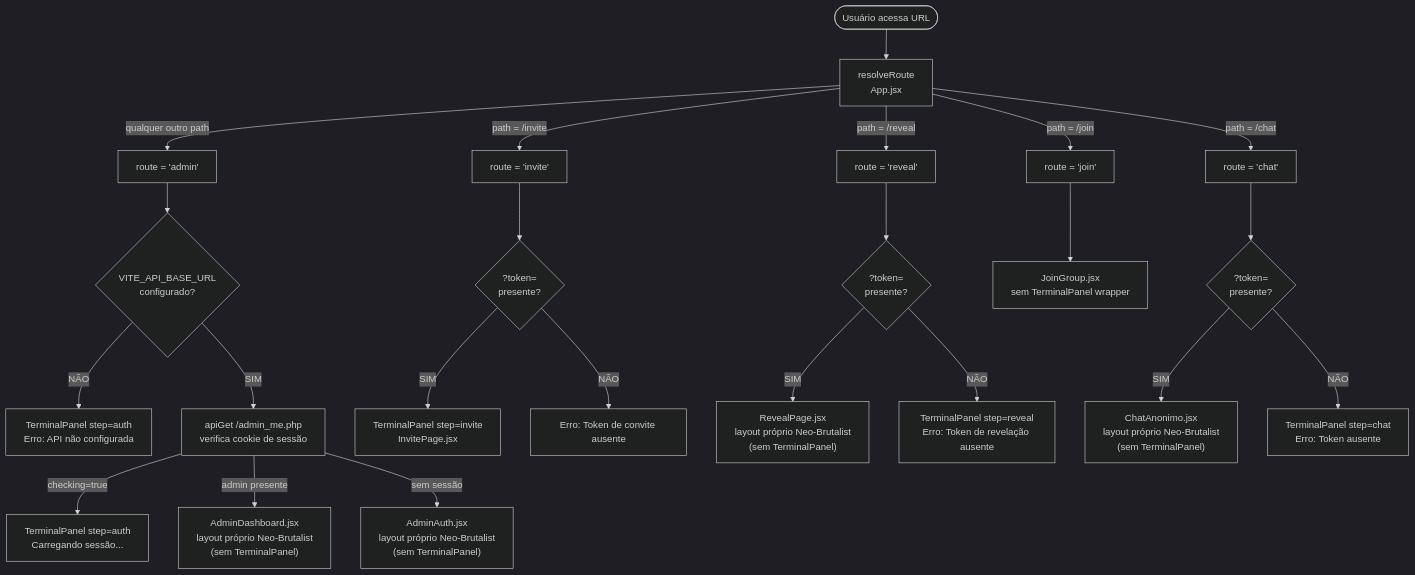
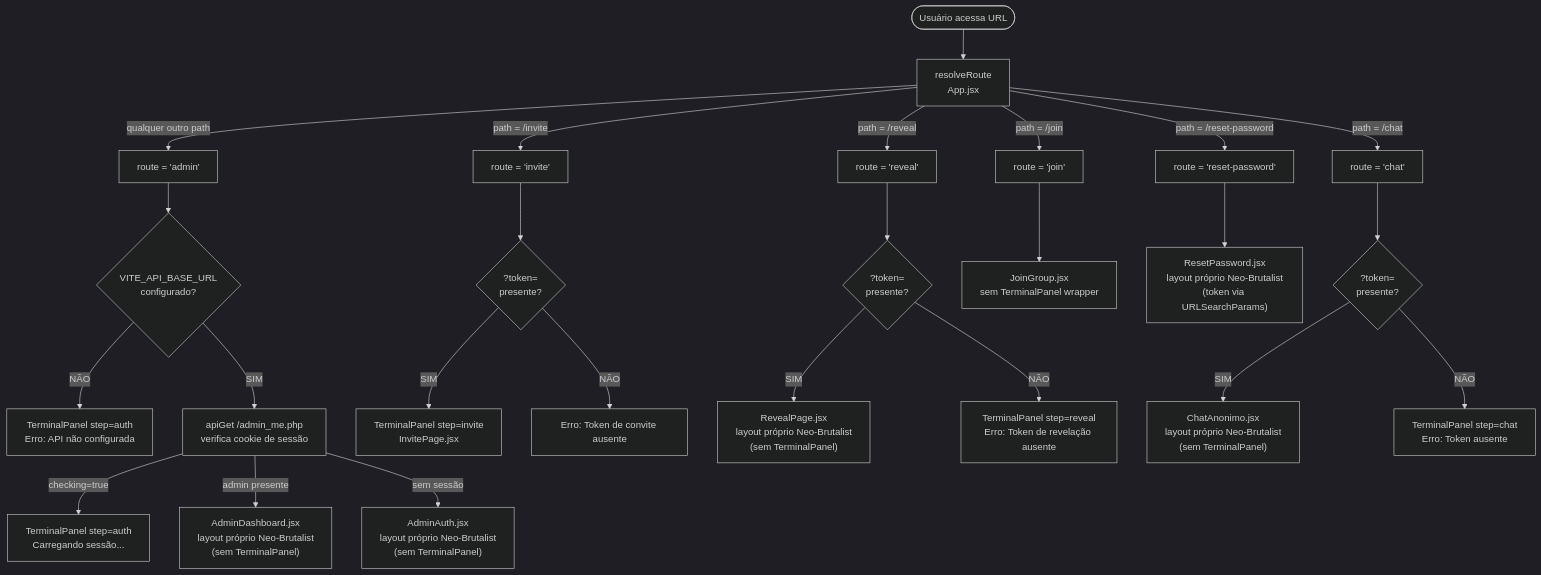
One commit to charines/AmigoSecreto changed the first of 4 diagrams in docs/modules/menu_inicial.md. Above: the diagram before and after it, drawn with Mermaid (dark theme). The commit also changed other lines of this file and 10 other files, not shown here.

Commit message:
feat: implement Forgot Password flow with email verification and password reset functionality; add related components and tests

````diff
--- a/docs/modules/menu_inicial.md
+++ b/docs/modules/menu_inicial.md
@@ -22,32 +22,35 @@
 ```mermaid
 flowchart TD
     START([Usuário acessa URL]) --> RESOLVE[resolveRoute\nApp.jsx]
 
     RESOLVE -->|path = /invite| ROUTE_INVITE[route = 'invite']
     RESOLVE -->|path = /reveal| ROUTE_REVEAL[route = 'reveal']
     RESOLVE -->|path = /join| ROUTE_JOIN[route = 'join']
     RESOLVE -->|path = /chat| ROUTE_CHAT[route = 'chat']
     RESOLVE -->|qualquer outro path| ROUTE_ADMIN[route = 'admin']
 
     ROUTE_ADMIN --> CHECK_ENV{VITE_API_BASE_URL\nconfigurado?}
     CHECK_ENV -->|NÃO| ERR_ENV[TerminalPanel step=auth\nErro: API não configurada]
     CHECK_ENV -->|SIM| CHECK_SESSION[apiGet /admin_me.php\nverifica cookie de sessão]
 
     CHECK_SESSION -->|checking=true| LOADING[TerminalPanel step=auth\nCarregando sessão...]
     CHECK_SESSION -->|admin presente| DASHBOARD["AdminDashboard.jsx\nlayout próprio Neo-Brutalist\n(sem TerminalPanel)"]
     CHECK_SESSION -->|sem sessão| AUTH["AdminAuth.jsx\nlayout próprio Neo-Brutalist\n(sem TerminalPanel)"]
 
     ROUTE_INVITE --> CHECK_TOKEN_I{?token=\npresente?}
     CHECK_TOKEN_I -->|SIM| INVITE_PAGE[TerminalPanel step=invite\nInvitePage.jsx]
     CHECK_TOKEN_I -->|NÃO| ERR_TOKEN_I[Erro: Token de convite ausente]
 
     ROUTE_REVEAL --> CHECK_TOKEN_R{?token=\npresente?}
     CHECK_TOKEN_R -->|SIM| REVEAL_PAGE["RevealPage.jsx\nlayout próprio Neo-Brutalist\n(sem TerminalPanel)"]
     CHECK_TOKEN_R -->|NÃO| ERR_TOKEN_R[TerminalPanel step=reveal\nErro: Token de revelação ausente]
 
     ROUTE_JOIN --> JOIN_PAGE[JoinGroup.jsx\nsem TerminalPanel wrapper]
 
+    RESOLVE -->|path = /reset-password| ROUTE_RESET[route = 'reset-password']
+    ROUTE_RESET --> RESET_PAGE["ResetPassword.jsx\nlayout próprio Neo-Brutalist\n(token via URLSearchParams)"]
+
     ROUTE_CHAT --> CHECK_TOKEN_C{?token=\npresente?}
     CHECK_TOKEN_C -->|SIM| CHAT_PAGE["ChatAnonimo.jsx\nlayout próprio Neo-Brutalist\n(sem TerminalPanel)"]
     CHECK_TOKEN_C -->|NÃO| ERR_TOKEN_C[TerminalPanel step=chat\nErro: Token ausente]
 ```
````
